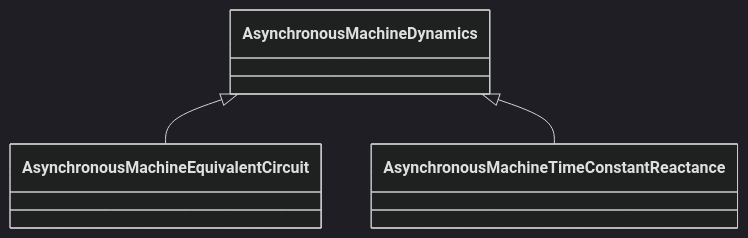
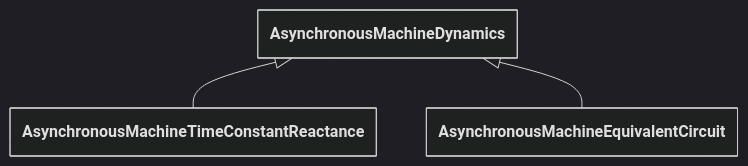
The diagram in pages/docs/Profiles/Package_AsynchronousMachineDynamics.md (cim-cgmes/cim-cgmes.github.io), drawn with Mermaid (dark theme) before and after one commit. The commit also changed 561 other files, not shown here.

````diff
--- a/pages/docs/Profiles/Package_AsynchronousMachineDynamics.md
+++ b/pages/docs/Profiles/Package_AsynchronousMachineDynamics.md
@@ -5,5 +5,10 @@
 ```mermaid
+---
+  config:
+    class:
+      hideEmptyMembersBox: true
+---
 classDiagram
+    AsynchronousMachineDynamics <|-- AsynchronousMachineTimeConstantReactance
     AsynchronousMachineDynamics <|-- AsynchronousMachineEquivalentCircuit
-    AsynchronousMachineDynamics <|-- AsynchronousMachineTimeConstantReactance
 ```
````
